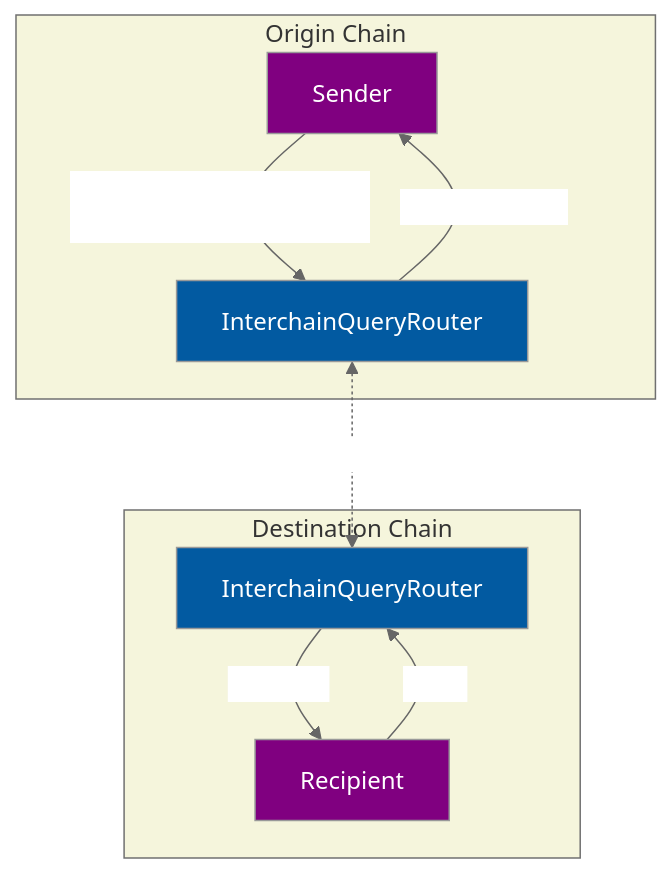
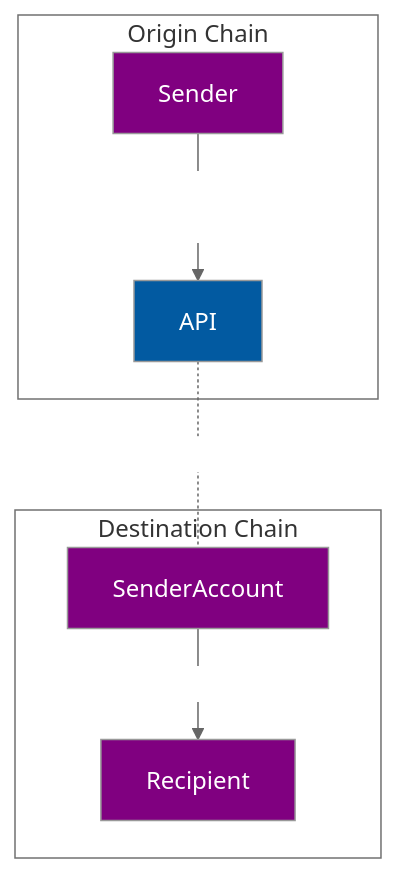
One commit to hyperlane-xyz/v2-docs changed the diagram in diagrams/accounts-simple.md. Above: the diagram before and after it, drawn with Mermaid. The commit also changed 8 other files, not shown here.

````diff
--- a/diagrams/accounts-simple.md
+++ b/diagrams/accounts-simple.md
@@ -1,34 +1,33 @@
 ```mermaid
 %%{ init: {
   "theme": "neutral",
   "themeVariables": {
     "mainBkg": "#025AA1",
     "textColor": "white",
-    "clusterBkg": "beige"
+    "clusterBkg": "white"
   },
   "themeCSS": ".edgeLabel { color: black }"
 }}%%
 
 flowchart TB
     subgraph Origin Chain
       Sender
-      A_O[InterchainQueryRouter]
+      A_O[API]
     end
 
     subgraph Destination Chain
-      A_D[InterchainQueryRouter]
-      Recipient[Recipient]
+      SenderAccount
+      Recipient
     end
 
-    Sender -- "query(recipient, data, callback)" --> A_O
-    A_O <-. "relay" .-> A_D
-    A_D -- "call(data)" --> Recipient
-    Recipient -- "result" --> A_D
-    A_O -- "callback(result)" --> Sender
+    Sender -- "dispatch(destination, recipient, call)" --> A_O
+    A_O -. "relay" .- SenderAccount
+    SenderAccount -- "call(data)" --> Recipient
 
     click A_O https://github.com/hyperlane-xyz/hyperlane-monorepo/blob/main/solidity/contracts/middleware/InterchainAccountRouter.sol
     click A_D https://github.com/hyperlane-xyz/hyperlane-monorepo/blob/main/solidity/contracts/middleware/InterchainAccountRouter.sol
 
     style Sender fill:purple
+    style SenderAccount fill:purple
     style Recipient fill:purple
 ```
````
